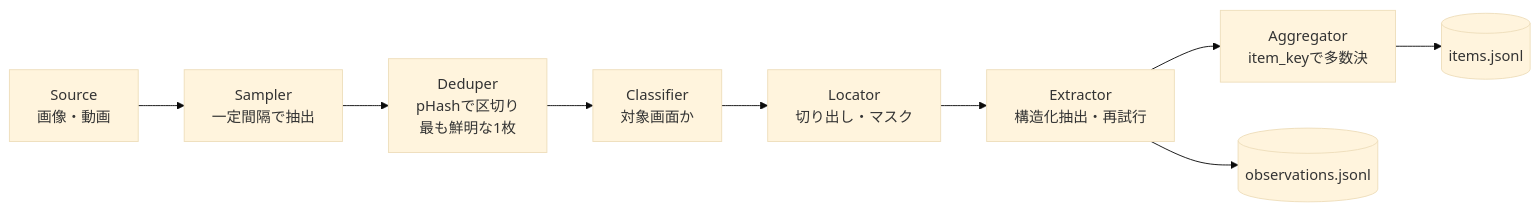
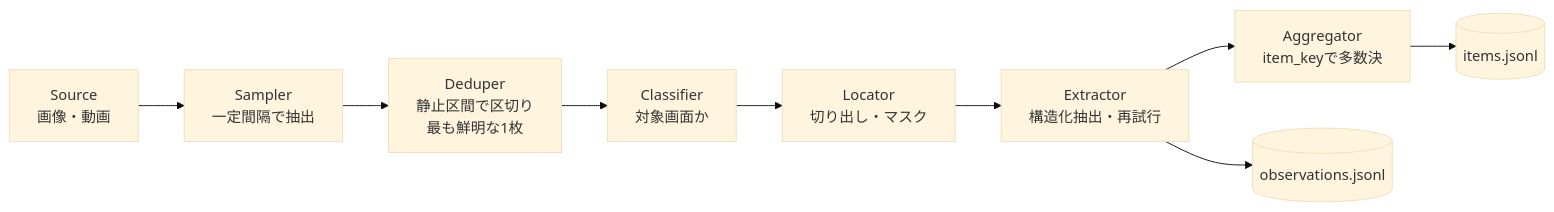
Before and after one commit to rysk-tanaka/framelift: the diagram in docs/design.md, drawn with Mermaid (base theme). The commit also changed other lines of this file and 25 other files, not shown here.

````diff
--- a/docs/design.md
+++ b/docs/design.md
@@ -68,11 +68,11 @@
 ```mermaid
 graph LR
     S[Source<br/>画像・動画] --> SM[Sampler<br/>一定間隔で抽出]
-    SM --> DD[Deduper<br/>pHashで区切り<br/>最も鮮明な1枚]
+    SM --> DD[Deduper<br/>静止区間で区切り<br/>最も鮮明な1枚]
     DD --> CL[Classifier<br/>対象画面か]
     CL --> LO[Locator<br/>切り出し・マスク]
     LO --> EX[Extractor<br/>構造化抽出・再試行]
     EX --> AG[Aggregator<br/>item_keyで多数決]
     EX --> OB[(observations.jsonl)]
     AG --> IT[(items.jsonl)]
 ```
````
